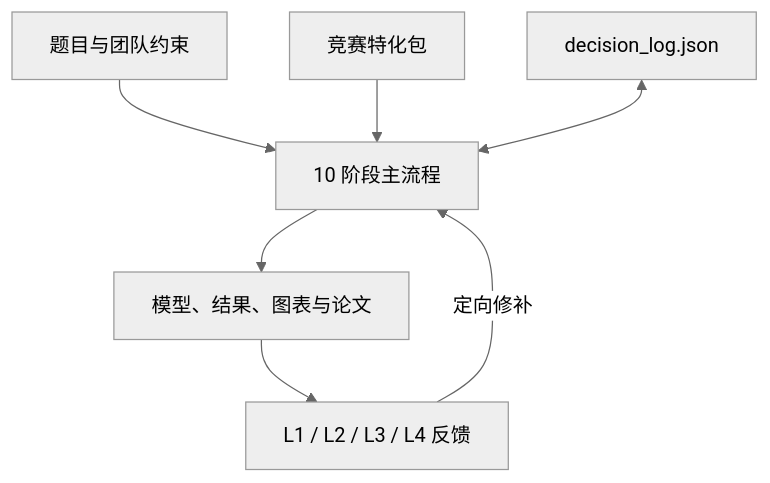
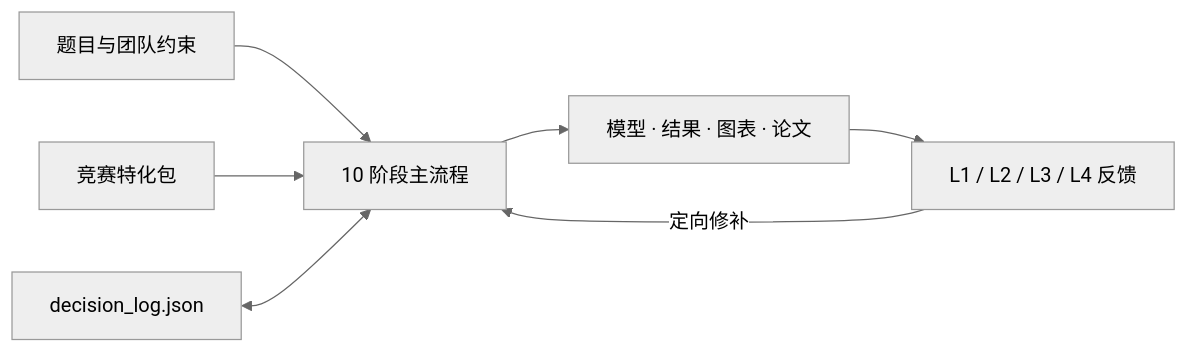
The diagram in README.md (Zhuchen00123/VES-Modeling-Skill), drawn with Mermaid (neutral theme) before and after one commit. The commit also changed other lines of this file, not shown here.

````diff
--- a/README.md
+++ b/README.md
@@ -35,9 +54,9 @@
 ```mermaid
-flowchart TD
+flowchart LR
     A["题目与团队约束"] --> B["10 阶段主流程"]
     C["竞赛特化包"] --> B
     D["decision_log.json"] <--> B
-    B --> E["模型、结果、图表与论文"]
+    B --> E["模型 · 结果 · 图表 · 论文"]
     E --> F["L1 / L2 / L3 / L4 反馈"]
     F -->|"定向修补"| B
 ```
````
